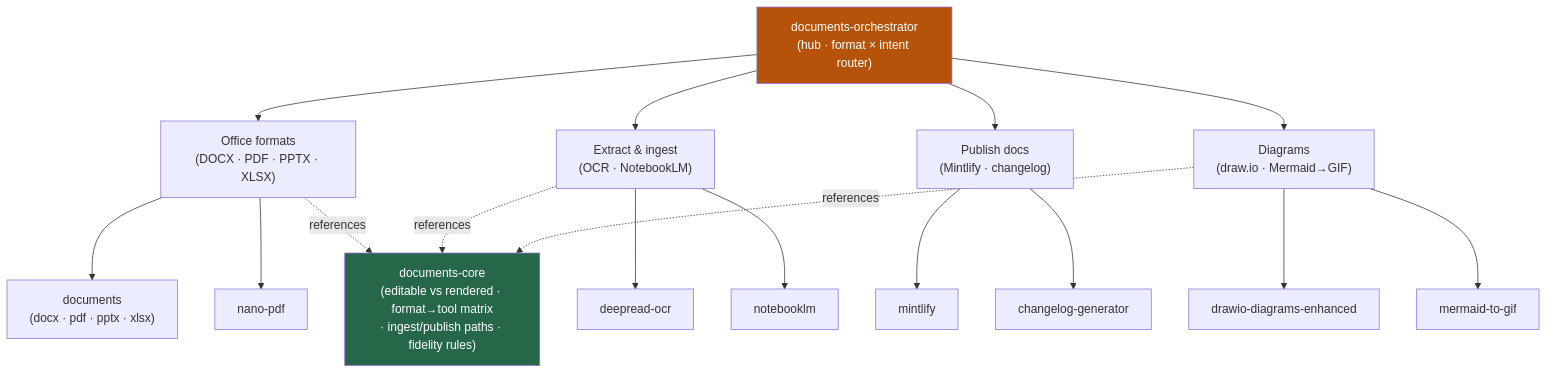
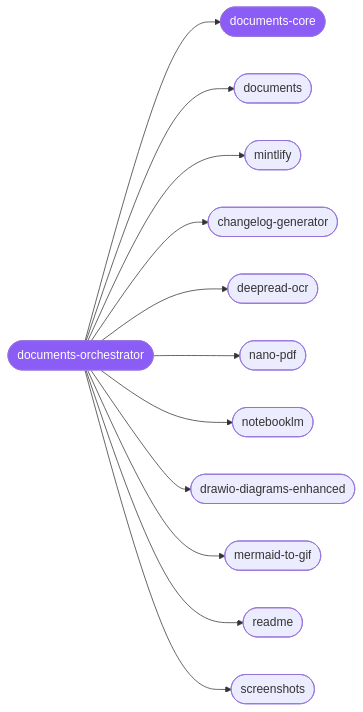
The diagram in clusters/documents/README.md (Sheshiyer/skill-clusters), drawn with Mermaid before and after one commit. The commit also changed other lines of this file and 44 other files, not shown here.

````diff
--- a/clusters/documents/README.md
+++ b/clusters/documents/README.md
@@ -30,24 +18,15 @@
 ```mermaid
-graph TD
-    O["documents-orchestrator<br/>(hub · format × intent router)"]
-    O --> OFF["Office formats<br/>(DOCX · PDF · PPTX · XLSX)"]
-    O --> ING["Extract & ingest<br/>(OCR · NotebookLM)"]
-    O --> PUB["Publish docs<br/>(Mintlify · changelog)"]
-    O --> DIA["Diagrams<br/>(draw.io · Mermaid→GIF)"]
-
-    OFF --> D["documents<br/>(docx · pdf · pptx · xlsx)"]
-    OFF --> NP["nano-pdf"]
-    ING --> OCR["deepread-ocr"]
-    ING --> NB["notebooklm"]
-    PUB --> MIN["mintlify"]
-    PUB --> CL["changelog-generator"]
-    DIA --> DRW["drawio-diagrams-enhanced"]
-    DIA --> M2G["mermaid-to-gif"]
-
-    OFF -. references .-> C["documents-core<br/>(editable vs rendered · format→tool matrix<br/>· ingest/publish paths · fidelity rules)"]
-    ING -. references .-> C
-    DIA -. references .-> C
-
-    style O fill:#b45309,color:#fff
-    style C fill:#276749,color:#fff
+graph LR
+  o([documents-orchestrator]):::hub --> c([documents-core]):::hub
+  o --> s1([documents])
+  o --> s2([mintlify])
+  o --> s3([changelog-generator])
+  o --> s4([deepread-ocr])
+  o --> s5([nano-pdf])
+  o --> s6([notebooklm])
+  o --> s7([drawio-diagrams-enhanced])
+  o --> s8([mermaid-to-gif])
+  o --> s9([readme])
+  o --> s10([screenshots])
+  classDef hub fill:#8b5cf6,color:#fff;
 ```
````
